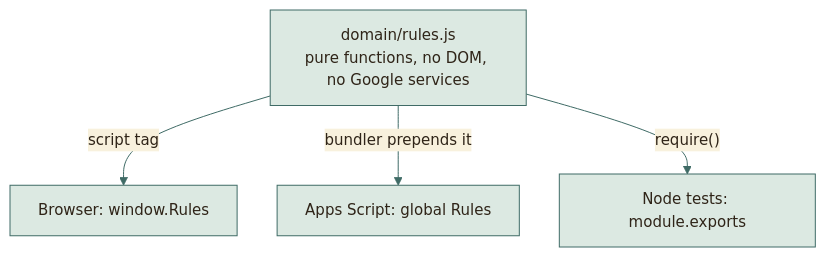
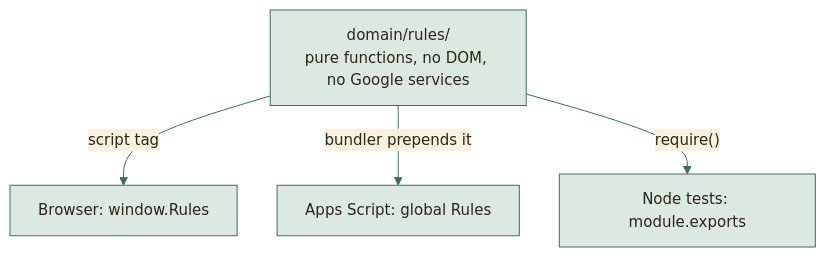
One commit to moyeh04/forms-platform changed the fifth of 9 diagrams in docs/architecture/WORKAROUNDS.md. Above: the diagram before and after it, drawn with Mermaid. The commit also changed other lines of this file and 6 other files, not shown here.

````diff
--- a/docs/architecture/WORKAROUNDS.md
+++ b/docs/architecture/WORKAROUNDS.md
@@ -343,35 +343,35 @@
 ```mermaid
 %%{init: {
   'theme': 'base',
   'themeVariables': {
     'fontFamily': 'ui-sans-serif, system-ui, -apple-system, Segoe UI, Roboto, sans-serif',
     'fontSize': '15px',
     'primaryColor': '#DCE9E2', 'primaryBorderColor': '#3F6B66', 'primaryTextColor': '#2F2418',
     'secondaryColor': '#F0E4C8', 'secondaryBorderColor': '#C9A24A', 'secondaryTextColor': '#2F2418',
     'tertiaryColor': '#F6EFDC', 'tertiaryBorderColor': '#CDBB94', 'tertiaryTextColor': '#2F2418',
     'lineColor': '#3F6B66', 'textColor': '#2F2418', 'mainBkg': '#DCE9E2', 'nodeBorder': '#3F6B66',
     'clusterBkg': '#F6EFDC', 'clusterBorder': '#CDBB94', 'titleColor': '#2F2418',
     'edgeLabelBackground': '#F8F1DD',
     'actorBkg': '#DCE9E2', 'actorBorder': '#3F6B66', 'actorTextColor': '#2F2418', 'actorLineColor': '#8FB3AB',
     'signalColor': '#477A73', 'signalTextColor': '#477A73',
     'labelBoxBkgColor': '#F0E4C8', 'labelBoxBorderColor': '#C9A24A', 'labelTextColor': '#2F2418', 'loopTextColor': '#6A5A44',
     'noteBkgColor': '#FBEFC9', 'noteBorderColor': '#C9A24A', 'noteTextColor': '#2F2418',
     'activationBkgColor': '#DCE9E2', 'activationBorderColor': '#3F6B66', 'sequenceNumberColor': '#F8F1DD',
     'transitionColor': '#3F6B66', 'stateLabelColor': '#2F2418', 'stateBkg': '#DCE9E2', 'altBackground': '#F6EFDC',
     'attributeBackgroundColorOdd': '#F8F1DD', 'attributeBackgroundColorEven': '#F0E4C8'
   },
   'flowchart': {'curve': 'basis', 'padding': 14, 'nodeSpacing': 40, 'rankSpacing': 46},
   'sequence': {'mirrorActors': false, 'messageMargin': 34, 'boxMargin': 8}
 }}%%
 flowchart TD
-    f["domain/rules.js<br/>pure functions, no DOM, no Google services"]
+    f["domain/rules/<br/>pure functions, no DOM, no Google services"]
     f -->|"script tag"| b["Browser: window.Rules"]
     f -->|"bundler prepends it"| g["Apps Script: global Rules"]
     f -->|"require()"| t["Node tests: module.exports"]
     classDef cDb fill:#F3E2B3,stroke:#B8892D,stroke-width:1.5px,color:#2F2418
     classDef cActor fill:#F4D9D3,stroke:#9A3328,stroke-width:1.5px,color:#2F2418
     classDef cDec fill:#FBEFC9,stroke:#C9A24A,stroke-width:1.5px,color:#2F2418
     classDef cEnd fill:#2F2418,stroke:#2F2418,color:#F8F1DD
     classDef cErr fill:#F6D5CF,stroke:#A12B1F,stroke-width:1.5px,color:#5A140C
     classDef cOk fill:#BFD9CF,stroke:#2E5A55,stroke-width:1.5px,color:#17302D
 ```
````
